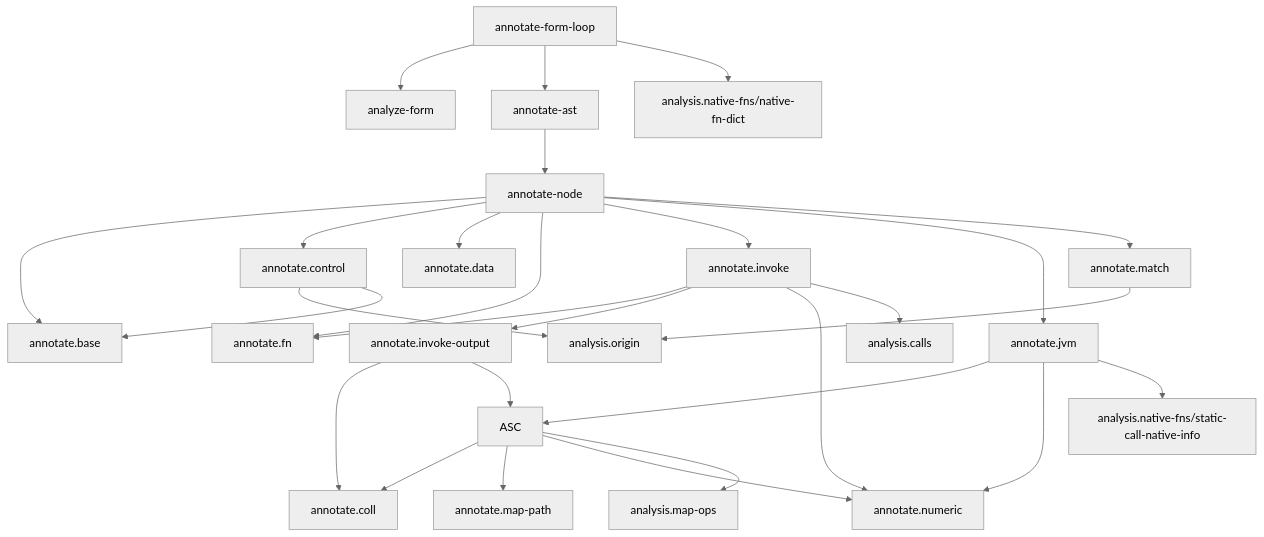
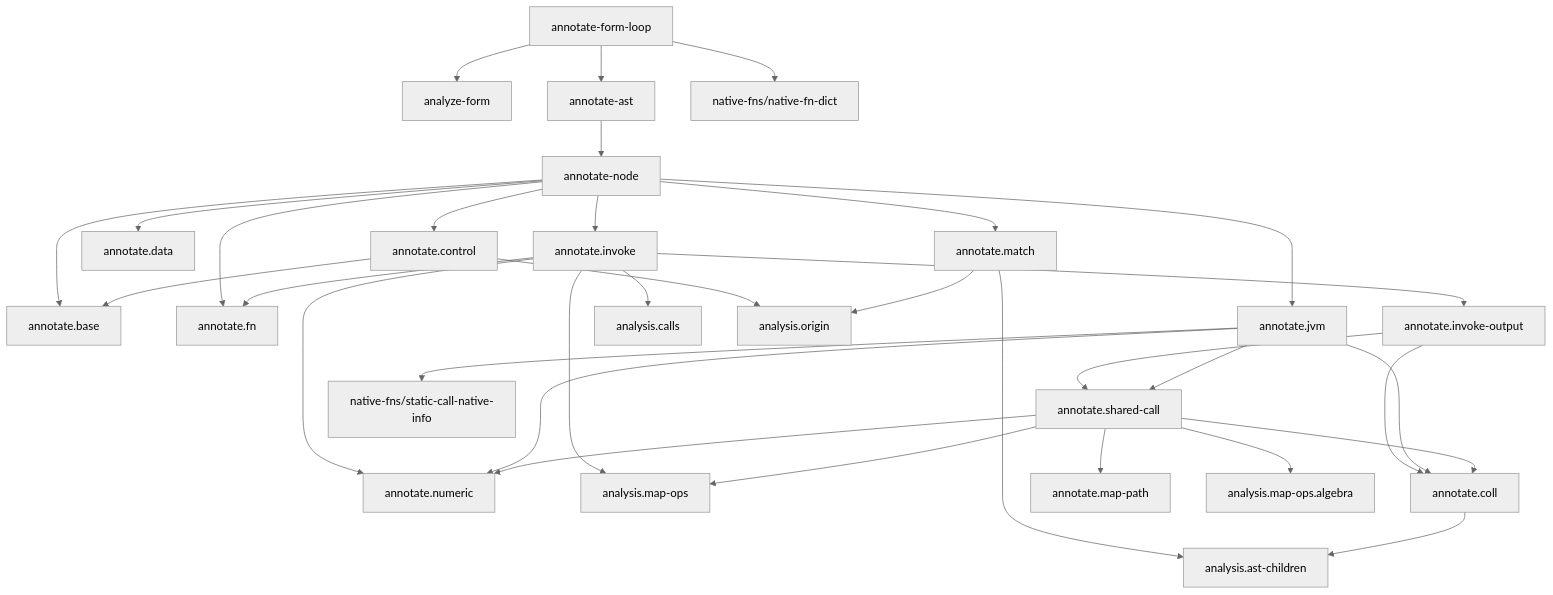
Before and after one commit to nomicflux/skeptic: the diagram in skeptic/docs/annotate-function-map.md, drawn with Mermaid (neutral theme). The commit also changed other lines of this file, not shown here.

Commit message:
update function map

````diff
--- a/skeptic/docs/annotate-function-map.md
+++ b/skeptic/docs/annotate-function-map.md
@@ -32,36 +46,41 @@
 ```mermaid
 flowchart TD
   AFL["annotate-form-loop"] --> AF["analyze-form"]
-  AFL --> AA["annotate-ast"]
-  AFL --> NF["analysis.native-fns/native-fn-dict"]
-  AA --> AN["annotate-node"]
+  AFL --> AAST["annotate-ast"]
+  AFL --> NF["native-fns/native-fn-dict"]
+  AAST --> AN["annotate-node"]
 
   AN --> AB["annotate.base"]
   AN --> ACTL["annotate.control"]
   AN --> AD["annotate.data"]
   AN --> AFN["annotate.fn"]
   AN --> AI["annotate.invoke"]
   AN --> AJ["annotate.jvm"]
   AN --> AM["annotate.match"]
 
   AI --> AFN
   AI --> AIO["annotate.invoke-output"]
-  AI --> ANUM["annotate.numeric"]
+  AI --> NUM["annotate.numeric"]
+  AI --> MAPOPS["analysis.map-ops"]
   AI --> CALLS["analysis.calls"]
 
+  AIO --> ASC["annotate.shared-call"]
   AIO --> ACOLL["annotate.coll"]
-  AIO --> ASC
-
-  ASC --> ACOLL
-  ASC --> AMP["annotate.map-path"]
-  ASC --> ANUM
-  ASC --> MAPOPS["analysis.map-ops"]
 
   AJ --> ASC
-  AJ --> ANUM
-  AJ --> NFN["analysis.native-fns/static-call-native-info"]
+  AJ --> ACOLL
+  AJ --> NUM
+  AJ --> NFS["native-fns/static-call-native-info"]
 
+  ASC --> AMP["annotate.map-path"]
+  ASC --> MAPALG["analysis.map-ops.algebra"]
+  ASC --> MAPOPS
+  ASC --> NUM
+  ASC --> ACOLL
+
+  ACTL --> AB
   ACTL --> ORIGIN["analysis.origin"]
   AM --> ORIGIN
-  ACTL --> AB
+  AM --> ASTN["analysis.ast-children"]
+  ACOLL --> ASTN
 ```
````
